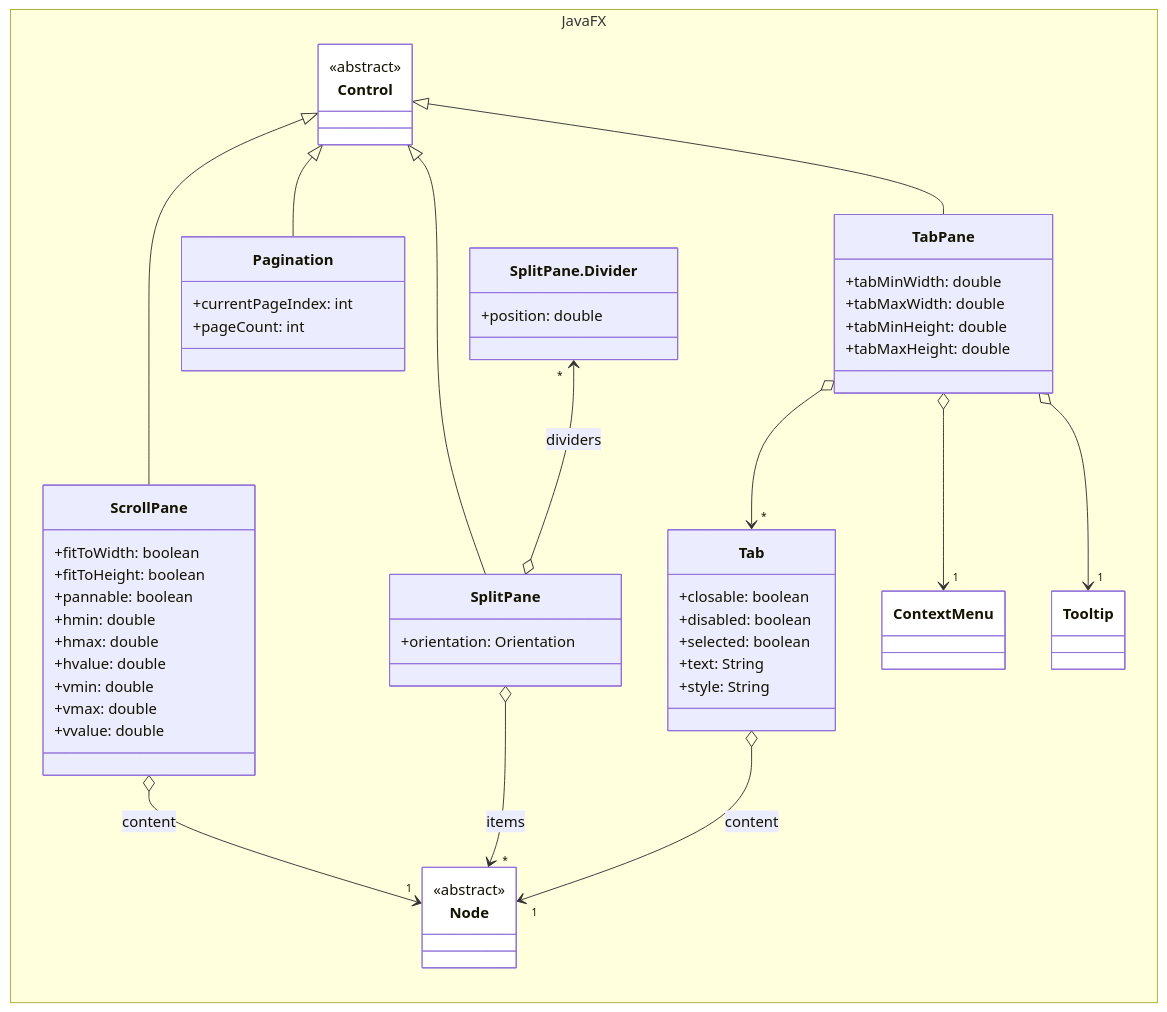
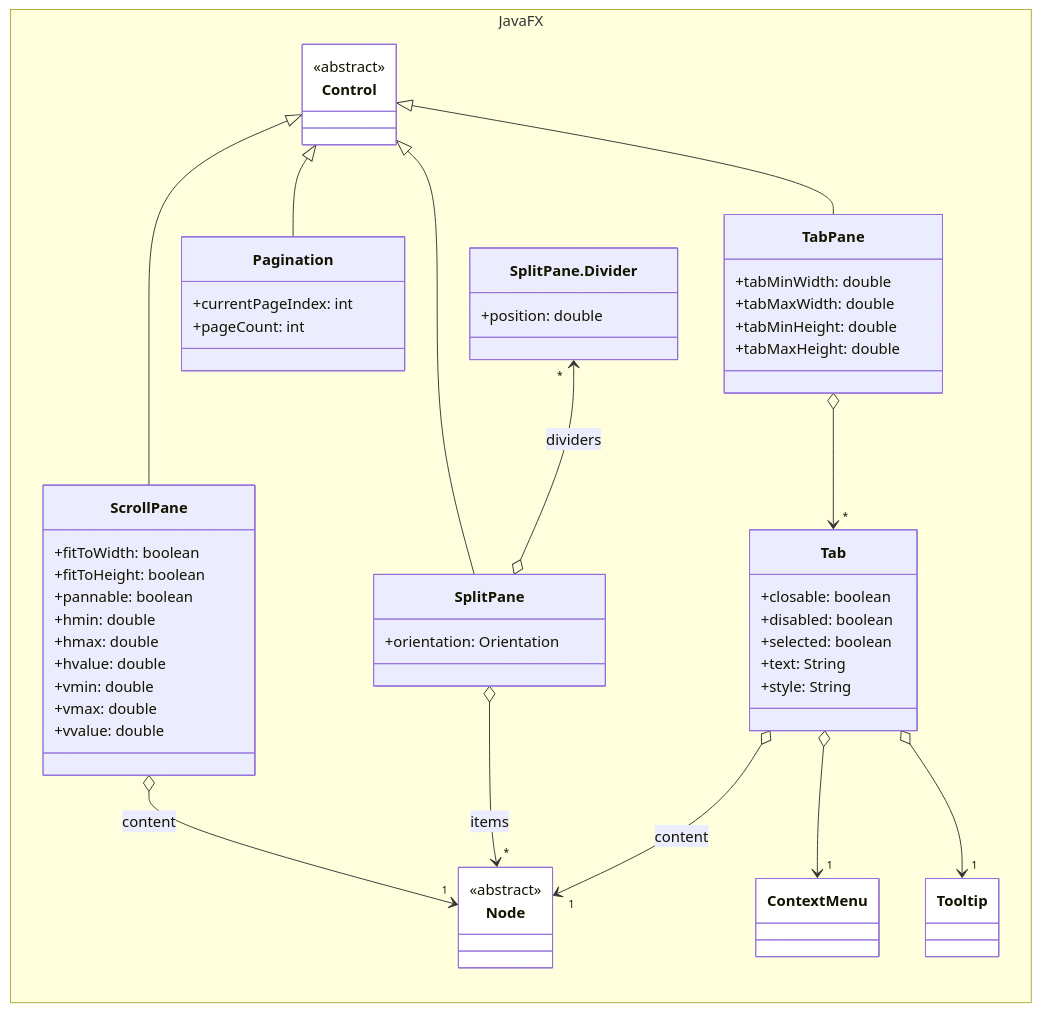
One commit to ghackenberg/kurs-java-programmierung changed the diagram in Grafiken/JavaFX/Control.Pane.mmd. Above: the diagram before and after it, drawn with Mermaid. The commit also changed 12 other files, not shown here.

Commit message:
work on class diagrams

```diff
--- a/Grafiken/JavaFX/Control.Pane.mmd
+++ b/Grafiken/JavaFX/Control.Pane.mmd
@@ -1,85 +1,85 @@
 classDiagram
 
     direction LR
 
     namespace JavaFX {
 
         class Control {
             <<abstract>>
         }
 
         class ScrollPane {
             +fitToWidth: boolean
             +fitToHeight: boolean
             +pannable: boolean
             +hmin: double
             +hmax: double
             +hvalue: double
             +vmin: double
             +vmax: double
             +vvalue: double
         }
 
         class SplitPane {
             +orientation: Orientation
         }
 
         class SplitPaneDivider["SplitPane.Divider"] {
             +position: double
         }
 
         class TabPane {
             +tabMinWidth: double
             +tabMaxWidth: double
             +tabMinHeight: double
             +tabMaxHeight: double
         }
 
         class Tab {
             +closable: boolean
             +disabled: boolean
             +selected: boolean
             +text: String
             +style: String
         }
 
         class ContextMenu {
 
         }
 
         class Tooltip {
 
         }
 
         class Node {
             <<abstract>>
         }
 
         class Pagination {
             +currentPageIndex: int
             +pageCount: int
         }
 
     }
 
     Control <|-- ScrollPane
     Control <|-- SplitPane
     Control <|-- TabPane
     Control <|-- Pagination
 
     ScrollPane o-->"1" Node: content
 
     SplitPane o-->"*" Node: items
 
     SplitPaneDivider "*"<--o SplitPane: dividers
 
     TabPane o-->"*" Tab
-    TabPane o-->"1" ContextMenu
-    TabPane o-->"1" Tooltip
 
+    Tab o-->"1" ContextMenu
+    Tab o-->"1" Tooltip
     Tab o-->"1" Node: content
 
     style Node fill:white
     style Control fill:white
     style ContextMenu fill:white
     style Tooltip fill:white
```
